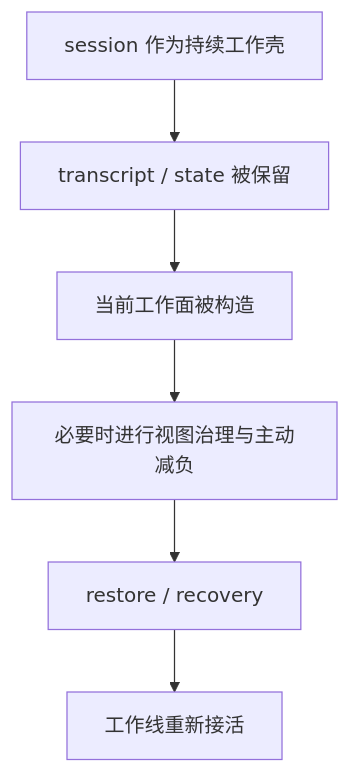
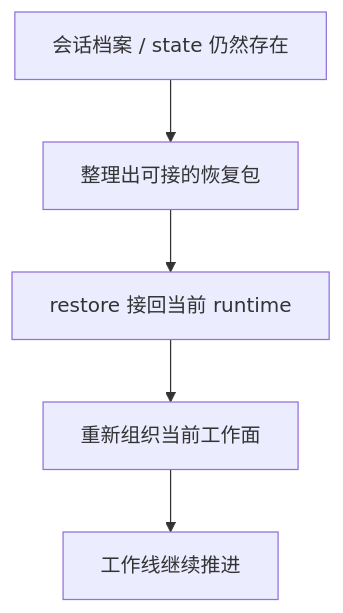
One commit to T0UGH/claude-code-source-guide changed the first of 2 diagrams in docs/guidebookv2/volume-4/08-restore-and-session-recovery-how-the-system-resumes-work.md. Above: the diagram before and after it, drawn with Mermaid. The commit also changed other lines of this file and 9 other files, not shown here.

````diff
--- a/docs/guidebookv2/volume-4/08-restore-and-session-recovery-how-the-system-resumes-work.md
+++ b/docs/guidebookv2/volume-4/08-restore-and-session-recovery-how-the-system-resumes-work.md
@@ -32,8 +32,7 @@
 ```mermaid
 flowchart TD
-    A[session 作为持续工作壳] --> B[transcript / state 被保留]
-    B --> C[当前工作面被构造]
-    C --> D[必要时进行视图治理与主动减负]
-    D --> E[restore / recovery]
-    E --> F[工作线重新接活]
+    A[会话档案 / state 仍然存在] --> B[整理出可接的恢复包]
+    B --> C[restore 接回当前 runtime]
+    C --> D[重新组织当前工作面]
+    D --> E[工作线继续推进]
 ```
````
